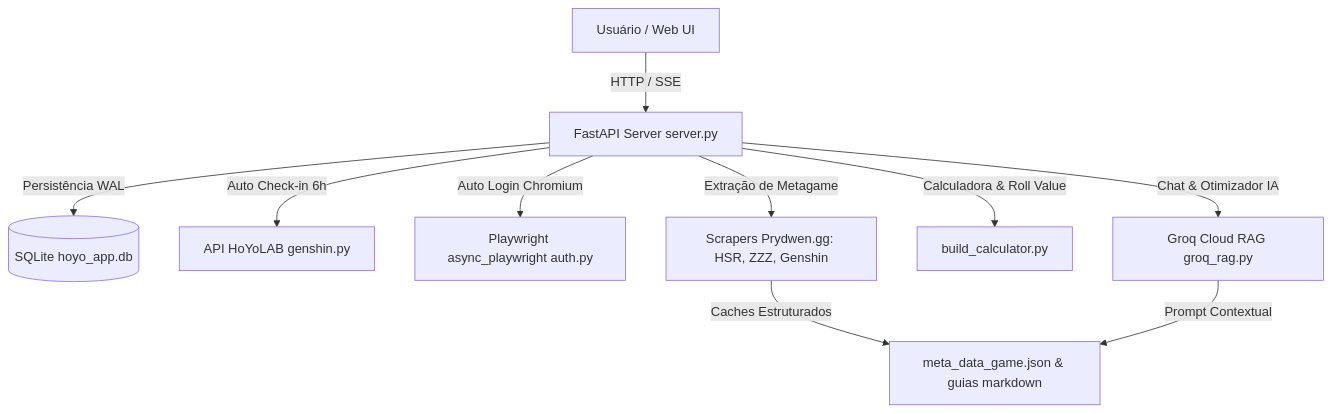
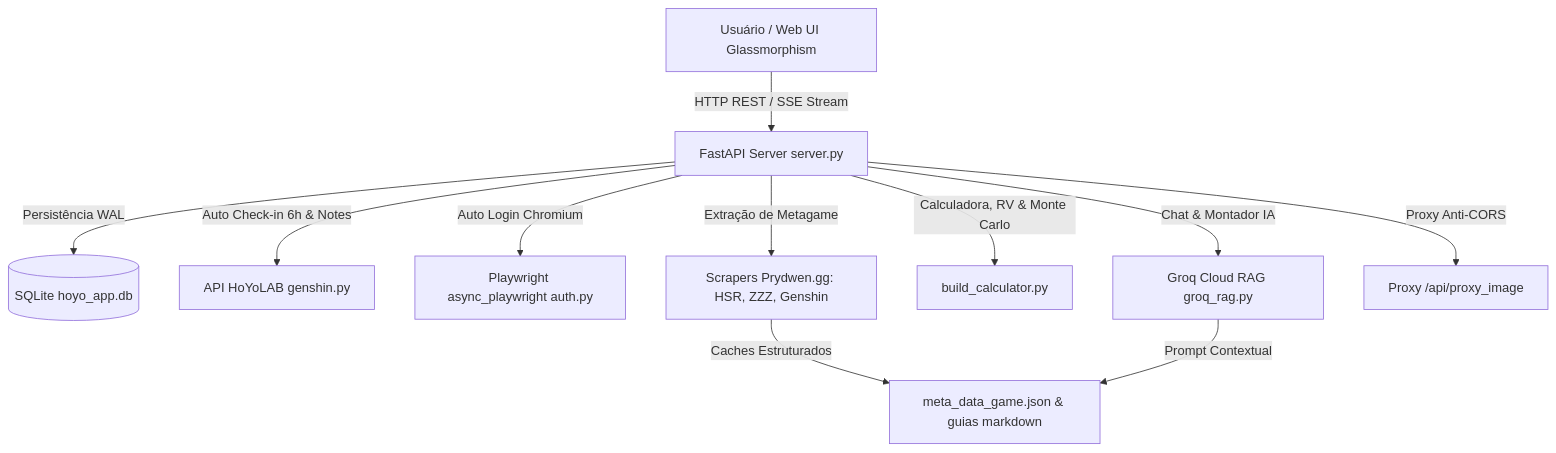
Before and after one commit to Lacas0010/Cabeca_de_Droid: the diagram in README.md, drawn with Mermaid. The commit also changed other lines of this file and 5 other files, not shown here.

Commit message:
feat: upgrade project to v4.5 with advanced sync scheduling, IA-driven build optimization, enhanced UI components, and integrated proxy support.

````diff
--- a/README.md
+++ b/README.md
@@ -47,12 +52,13 @@
 ```mermaid
 graph TD
-    A[Usuário / Web UI] -->|HTTP / SSE| B[FastAPI Server server.py]
+    A[Usuário / Web UI Glassmorphism] -->|HTTP REST / SSE Stream| B[FastAPI Server server.py]
     B -->|Persistência WAL| C[(SQLite hoyo_app.db)]
-    B -->|Auto Check-in 6h| D[API HoYoLAB genshin.py]
+    B -->|Auto Check-in 6h & Notes| D[API HoYoLAB genshin.py]
     B -->|Auto Login Chromium| E[Playwright async_playwright auth.py]
     B -->|Extração de Metagame| F[Scrapers Prydwen.gg: HSR, ZZZ, Genshin]
-    B -->|Calculadora & Roll Value| G[build_calculator.py]
-    B -->|Chat & Otimizador IA| H[Groq Cloud RAG groq_rag.py]
-    F -->|Caches Estruturados| I[meta_data_game.json & guias markdown]
-    H -->|Prompt Contextual| I
+    B -->|Calculadora, RV & Monte Carlo| G[build_calculator.py]
+    B -->|Chat & Montador IA| H[Groq Cloud RAG groq_rag.py]
+    B -->|Proxy Anti-CORS| I[Proxy /api/proxy_image]
+    F -->|Caches Estruturados| J[meta_data_game.json & guias markdown]
+    H -->|Prompt Contextual| J
 ```
````
